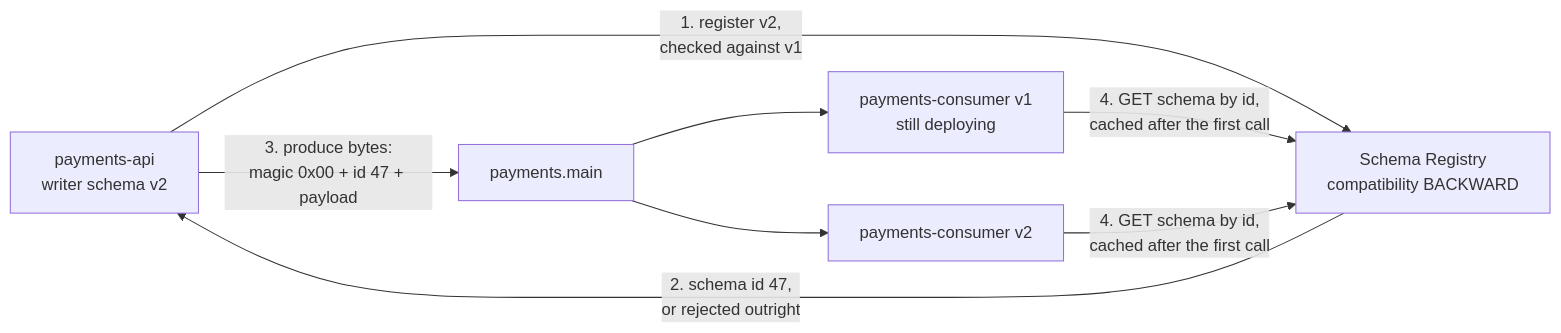
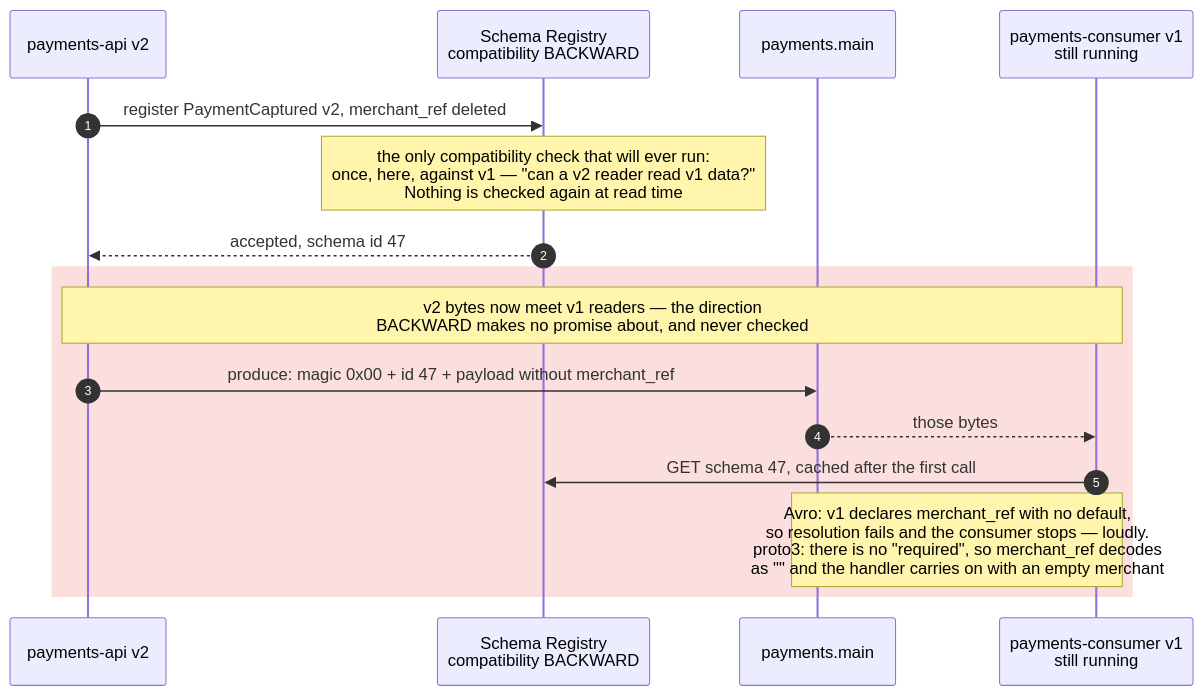
The first of 3 diagrams in docs/static/09-schema-evolution.md (DmytroLysenko1/Kafka-lab), drawn with Mermaid before and after one commit. The commit also changed other lines of this file and 10 other files, not shown here.

Commit message:
drew the boundary in every diagram instead of captioning it

````diff
--- a/docs/static/09-schema-evolution.md
+++ b/docs/static/09-schema-evolution.md
@@ -8,10 +16,20 @@
 ```mermaid
-flowchart LR
-    P["payments-api<br/>writer schema v2"] -->|"1. register v2,<br/>checked against v1"| SR["Schema Registry<br/>compatibility BACKWARD"]
-    SR -->|"2. schema id 47,<br/>or rejected outright"| P
-    P -->|"3. produce bytes:<br/>magic 0x00 + id 47 + payload"| T["payments.main"]
-    T --> C2["payments-consumer v2"]
-    T --> C1["payments-consumer v1<br/>still deploying"]
-    C1 -->|"4. GET schema by id,<br/>cached after the first call"| SR
-    C2 -->|"4. GET schema by id,<br/>cached after the first call"| SR
+sequenceDiagram
+    autonumber
+    participant P as payments-api v2
+    participant SR as Schema Registry<br/>compatibility BACKWARD
+    participant T as payments.main
+    participant C1 as payments-consumer v1<br/>still running
+
+    P->>SR: register PaymentCaptured v2, merchant_ref deleted
+    Note over SR: the only compatibility check that will ever run:<br/>once, here, against v1 — "can a v2 reader read v1 data?"<br/>Nothing is checked again at read time
+    SR-->>P: accepted, schema id 47
+
+    rect rgba(229, 57, 53, 0.16)
+        Note over P,C1: v2 bytes now meet v1 readers — the direction<br/>BACKWARD makes no promise about, and never checked
+        P->>T: produce: magic 0x00 + id 47 + payload without merchant_ref
+        T-->>C1: those bytes
+        C1->>SR: GET schema 47, cached after the first call
+        Note over T,C1: Avro: v1 declares merchant_ref with no default,<br/>so resolution fails and the consumer stops — loudly.<br/>proto3: there is no "required", so merchant_ref decodes<br/>as "" and the handler carries on with an empty merchant
+    end
 ```
````
